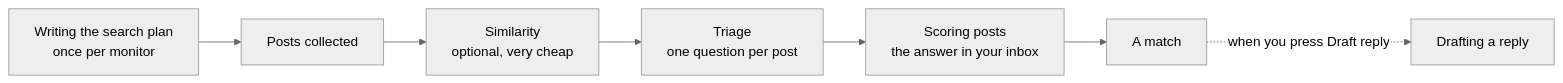
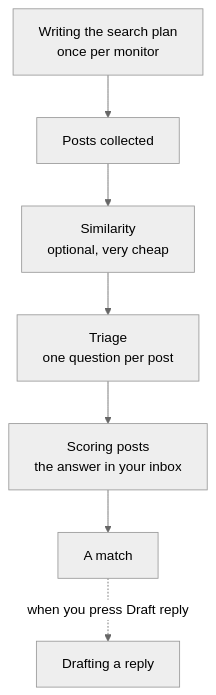
The diagram in site/self-hosting/models.md (rszhd/signalscout), drawn with Mermaid (neutral theme) before and after one commit. The commit also changed 11 other files, not shown here.

````diff
--- a/site/self-hosting/models.md
+++ b/site/self-hosting/models.md
@@ -9,9 +9,9 @@
 ```mermaid
-flowchart LR
+flowchart TD
   plan["Writing the search plan<br/>once per monitor"] --> posts["Posts collected"]
   posts --> sim["Similarity<br/>optional, very cheap"]
   sim --> triage["Triage<br/>one question per post"]
   triage --> score["Scoring posts<br/>the answer in your inbox"]
   score --> match["A match"]
   match -.->|when you press Draft reply| draft["Drafting a reply"]
 ```
````
